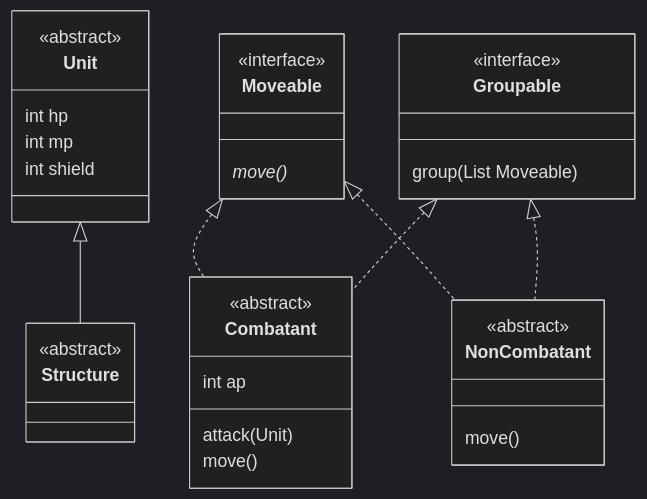
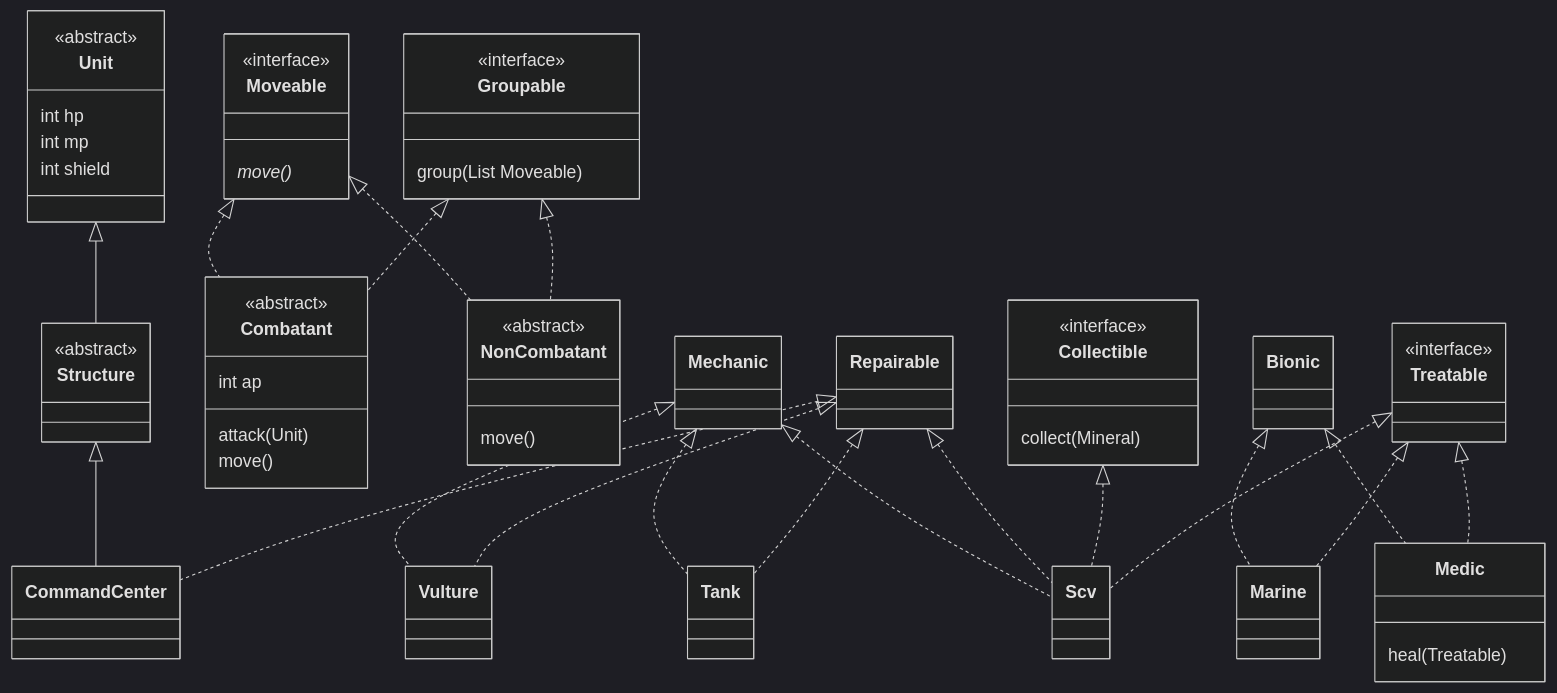
Before and after one commit to choiexe1/local: the diagram in Daily/2025-03-20.md, drawn with Mermaid (dark theme).

Commit message:
vault backup: 2025-03-20 18:15:13

````diff
--- a/Daily/2025-03-20.md
+++ b/Daily/2025-03-20.md
@@ -18,47 +18,77 @@
 ```mermaid
 classDiagram
 
 class Unit {
 	<<abstract>>
 	int hp
 	int mp
 	int shield
 }
 
 class Structure {
 	<<abstract>>
 }
 
 Unit <|-- Structure
+Structure <| -- CommandCenter
 
 class Moveable {
 	<<interface>>
 	move()*
 }
 
 class Combatant {
 	<<abstract>>
 	int ap
 	attack(Unit)
 	move()
 }
 
 class NonCombatant{
 	<<abstract>>
 	move()
 }
 
 class Groupable {
 	<<interface>>
 	group(List Moveable)
 }
 
 Moveable <|.. Combatant
 Moveable <|.. NonCombatant
 
 Groupable <|.. Combatant
 Groupable <|.. NonCombatant
 
+Mechanic <|.. Vulture
+Mechanic <|.. Tank
+Mechanic <|.. Scv
 
+Bionic <|.. Marine
+Bionic <|.. Medic
+
+Repairable <|.. Vulture
+Repairable <|.. Tank
+Repairable <|.. Scv
+Repairable <|.. CommandCenter
+
+class Collectible {
+	<<interface>>
+	collect(Mineral)
+}
+
+Collectible <|.. Scv
+
+class Medic {
+	heal(Treatable)
+}
+
+class Treatable {
+	<<interface>>
+}
+
+Treatable <|.. Marine
+Treatable <|.. Scv
+Treatable <|.. Medic
 
 ```
````
